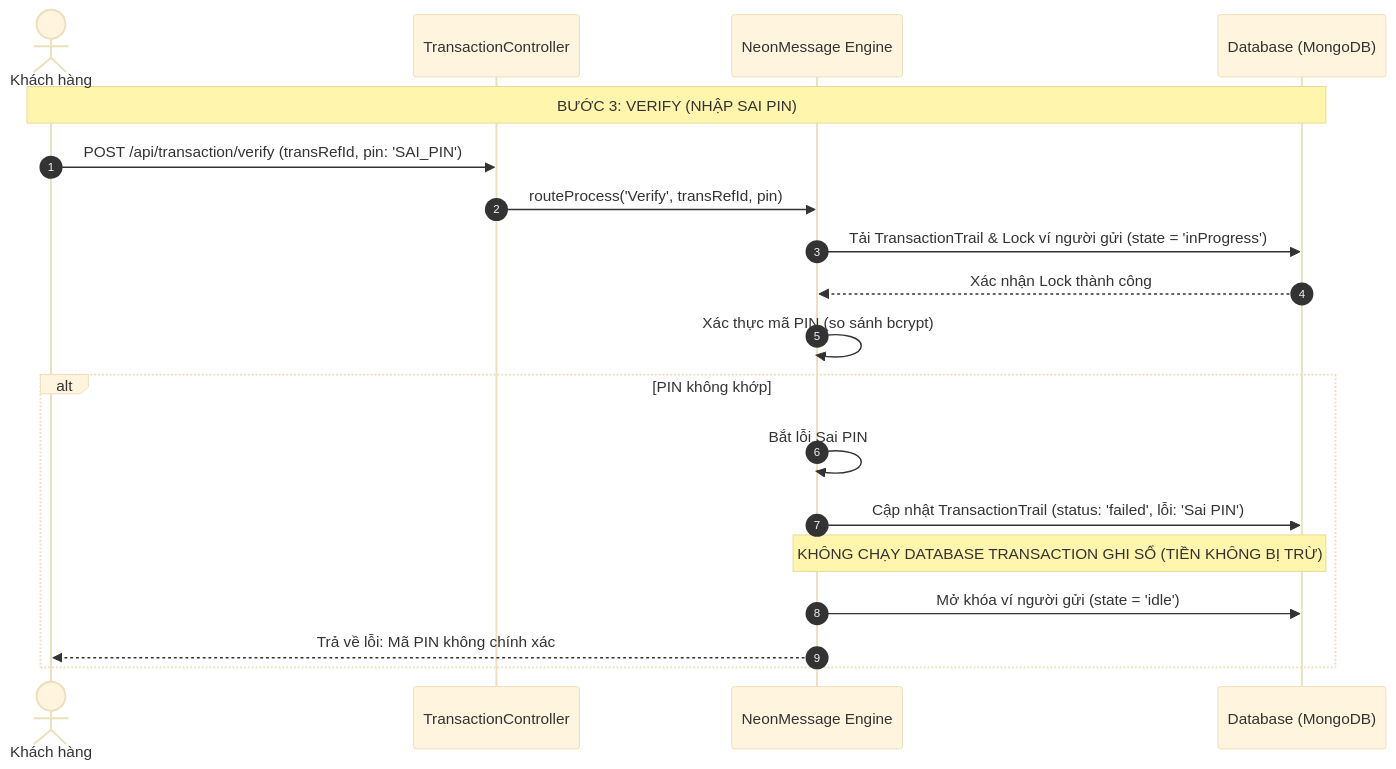
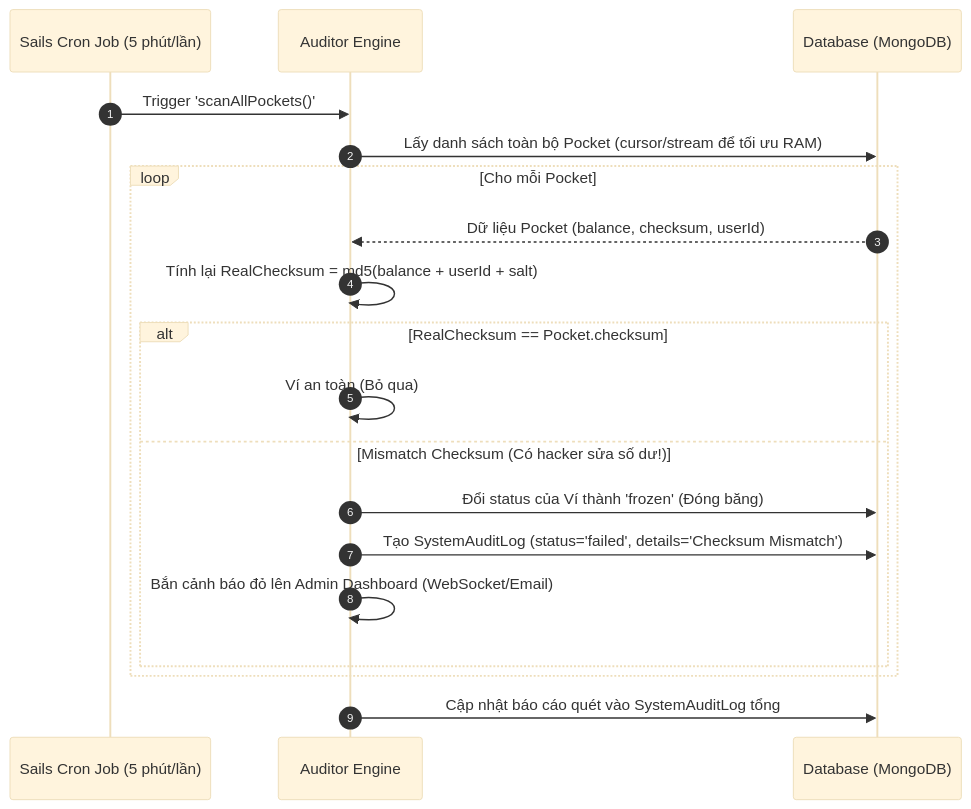
Before and after one commit to HungND-flocus/JITS-Fullstack-Internship: the third of 3 diagrams in jits-mini-wallet/documents/WEEK2_SEQUENCE_DIAGRAM.md, drawn with Mermaid (base theme). The commit also changed other lines of this file and 2 other files, not shown here.

Commit message:
docs(design): upgrade architecture with Redis Mutex and Append-Only ledger

````diff
--- a/jits-mini-wallet/documents/WEEK2_SEQUENCE_DIAGRAM.md
+++ b/jits-mini-wallet/documents/WEEK2_SEQUENCE_DIAGRAM.md
@@ -269,27 +154,26 @@
 ```mermaid
 sequenceDiagram
     autonumber
-    actor Client as Khách hàng
-    participant Ctrl as TransactionController
-    participant Engine as NeonMessage Engine
+    participant Cron as Sails Cron Job (5 phút/lần)
+    participant Engine as Auditor Engine
     participant DB as Database (MongoDB)
 
-    Note over Client, DB: BƯỚC 3: VERIFY (NHẬP SAI PIN)
-    Client->>Ctrl: POST /api/transaction/verify (transRefId, pin: 'SAI_PIN')
-    Ctrl->>Engine: routeProcess('Verify', transRefId, pin)
+    Cron->>Engine: Trigger 'scanAllPockets()'
     
-    Engine->>DB: Tải TransactionTrail & Lock ví người gửi (state = 'inProgress')
-    DB-->>Engine: Xác nhận Lock thành công
+    Engine->>DB: Lấy danh sách toàn bộ Pocket (cursor/stream để tối ưu RAM)
     
-    Engine->>Engine: Xác thực mã PIN (so sánh bcrypt)
+    loop Cho mỗi Pocket
+        DB-->>Engine: Dữ liệu Pocket (balance, checksum, userId)
+        Engine->>Engine: Tính lại RealChecksum = md5(balance + userId + salt)
+        
+        alt RealChecksum == Pocket.checksum
+            Engine->>Engine: Ví an toàn (Bỏ qua)
+        else Mismatch Checksum (Có hacker sửa số dư!)
+            Engine->>DB: Đổi status của Ví thành 'frozen' (Đóng băng)
+            Engine->>DB: Tạo SystemAuditLog (status='failed', details='Checksum Mismatch')
+            Engine->>Engine: Bắn cảnh báo đỏ lên Admin Dashboard (WebSocket/Email)
+        end
+    end
     
-    alt PIN không khớp
-        Engine->>Engine: Bắt lỗi Sai PIN
-        Engine->>DB: Cập nhật TransactionTrail (status: 'failed', lỗi: 'Sai PIN')
-        
-        Note over Engine, DB: KHÔNG CHẠY DATABASE TRANSACTION GHI SỔ (TIỀN KHÔNG BỊ TRỪ)
-        
-        Engine->>DB: Mở khóa ví người gửi (state = 'idle')
-        Engine-->>Client: Trả về lỗi: Mã PIN không chính xác
-    end
+    Engine->>DB: Cập nhật báo cáo quét vào SystemAuditLog tổng
 ```
````
